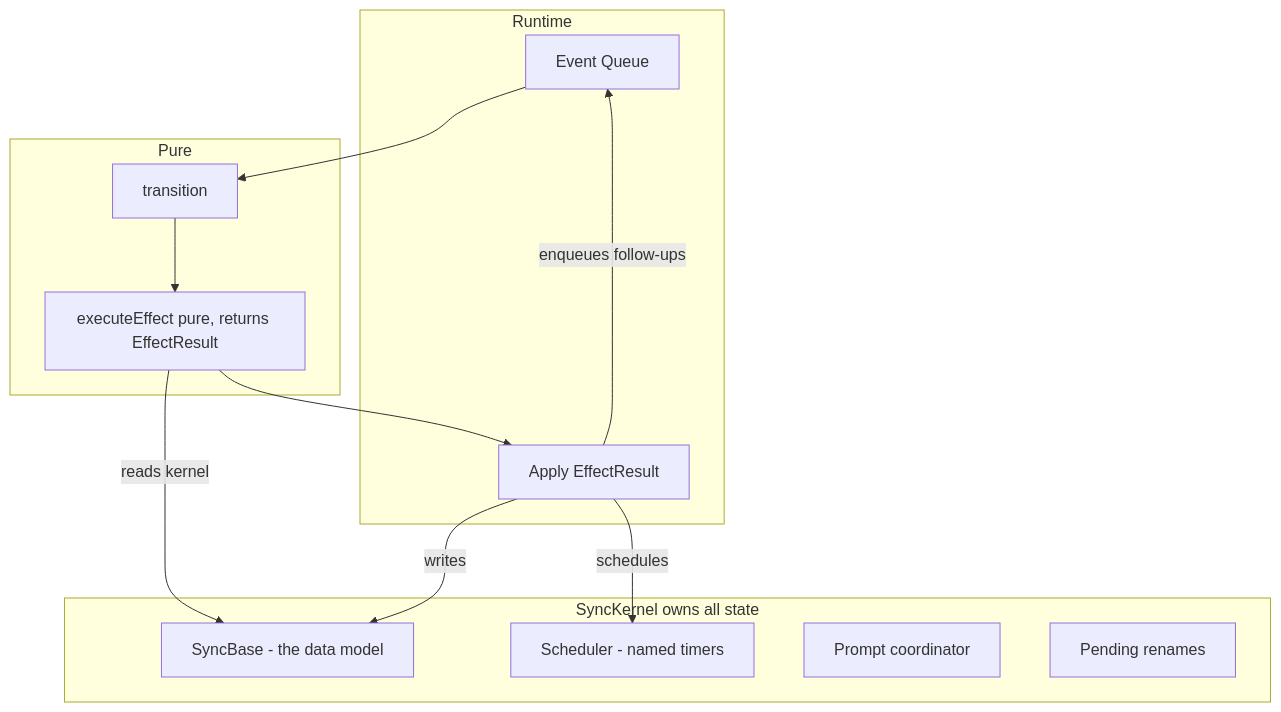
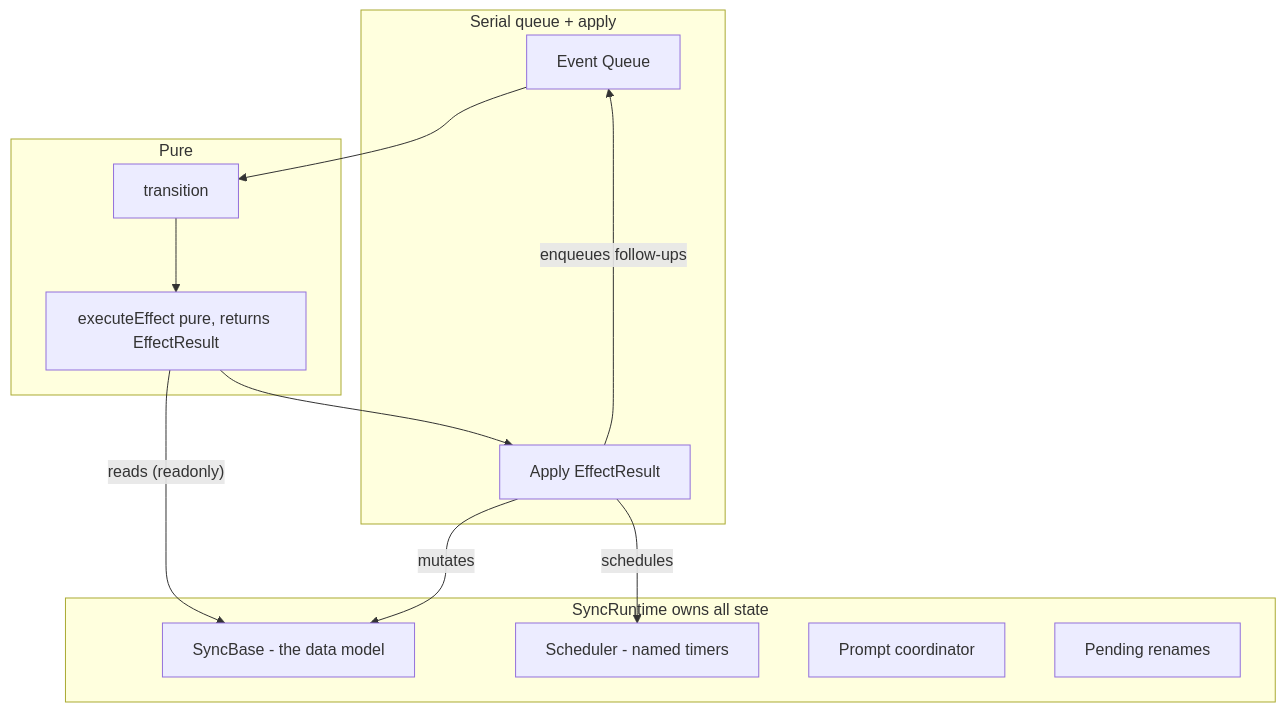
One commit to framer/plugins changed the diagram in .cursor/plans/code_link_sync_refactor_97e89153.plan.md. Above: the diagram before and after it, drawn with Mermaid. The commit also changed other lines of this file and 10 other files, not shown here.

First line of the commit message:
refactor(code-link): declarative describeEffect pipeline; rename kernel→runtime, sync-base→sync-memory

````diff
--- a/.cursor/plans/code_link_sync_refactor_97e89153.plan.md
+++ b/.cursor/plans/code_link_sync_refactor_97e89153.plan.md
@@ -72,24 +72,24 @@
 ```mermaid
 flowchart TD
-    subgraph runtime [Runtime]
+    subgraph ingress [Serial queue + apply]
         queue[Event Queue]
         applyResult[Apply EffectResult]
     end
     subgraph pure [Pure]
         transition[transition]
         effects[executeEffect pure, returns EffectResult]
     end
-    subgraph kernel [SyncKernel owns all state]
+    subgraph syncRuntime [SyncRuntime owns all state]
         base[SyncBase - the data model]
         scheduler[Scheduler - named timers]
         prompts[Prompt coordinator]
         pendingRenames[Pending renames]
     end
     queue --> transition
     transition --> effects
-    effects -->|"reads kernel"| base
+    effects -->|"reads (readonly)"| base
     effects --> applyResult
-    applyResult -->|"writes"| base
+    applyResult -->|"mutates"| base
     applyResult -->|"schedules"| scheduler
     applyResult -->|"enqueues follow-ups"| queue
 ```
````
